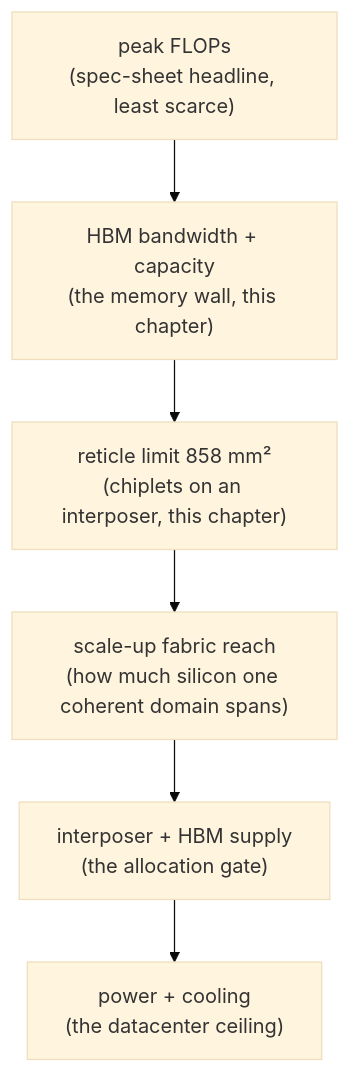
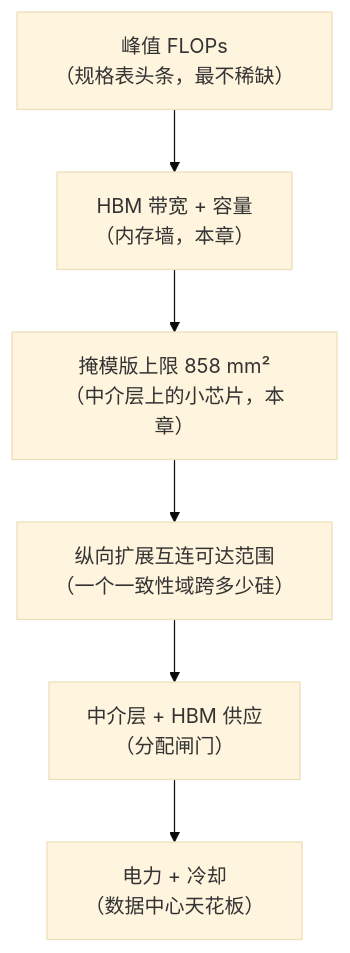
Before and after one commit to latere-ai/ai-as-an-infrastructure: the first of 4 diagrams in zh/infrastructure/03-the-compute-frontier.qmd, drawn with Mermaid (base theme). The commit also changed other lines of this file and 273 other files, not shown here.

Commit message:
docs: localize Chinese diagrams

````diff
--- a/zh/infrastructure/03-the-compute-frontier.qmd
+++ b/zh/infrastructure/03-the-compute-frontier.qmd
@@ -15,12 +15,12 @@
 ```{mermaid}
 %%| label: fig-compute-frontier-walls
 %%| fig-cap: "把前沿看作一摞天花板，每一道在不同层级生效。规格表头条的峰值 FLOPs 在最底层、最不稀缺；字节、封装面积、互连可达范围与兆瓦在它之上生效。本部分后面的每一章各自负责其中一道天花板。"
 flowchart TB
-  flops["peak FLOPs<br/>(spec-sheet headline, least scarce)"]
-  hbm["HBM bandwidth + capacity<br/>(the memory wall, this chapter)"]
-  retic["reticle limit 858 mm²<br/>(chiplets on an interposer, this chapter)"]
-  fabric["scale-up fabric reach<br/>(how much silicon one coherent domain spans)"]
-  supply["interposer + HBM supply<br/>(the allocation gate)"]
-  power["power + cooling<br/>(the datacenter ceiling)"]
+  flops["峰值 FLOPs<br/>（规格表头条，最不稀缺）"]
+  hbm["HBM 带宽 + 容量<br/>（内存墙，本章）"]
+  retic["掩模版上限 858 mm²<br/>（中介层上的小芯片，本章）"]
+  fabric["纵向扩展互连可达范围<br/>（一个一致性域跨多少硅）"]
+  supply["中介层 + HBM 供应<br/>（分配闸门）"]
+  power["电力 + 冷却<br/>（数据中心天花板）"]
   flops --> hbm --> retic --> fabric --> supply --> power
 ```
````
